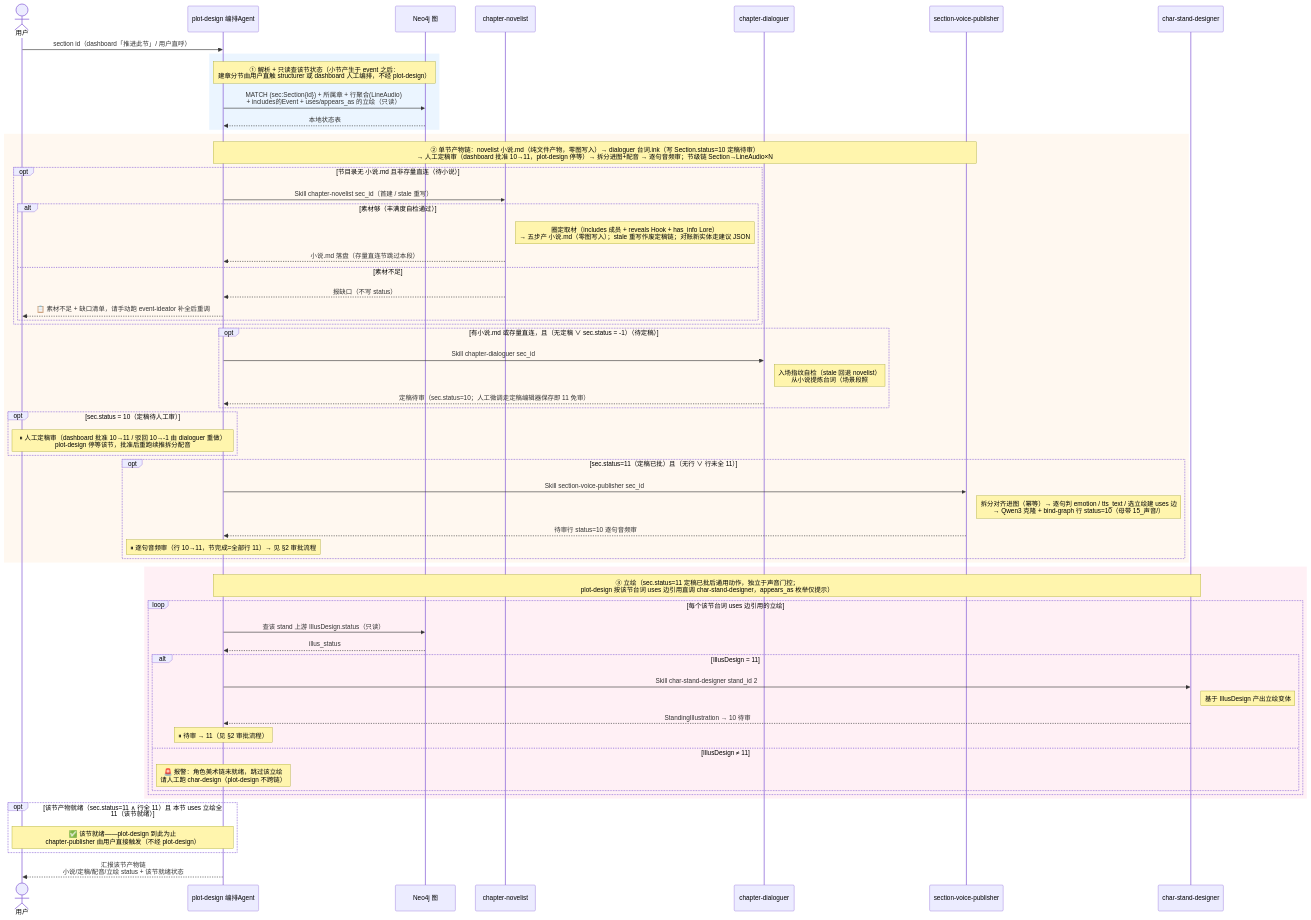
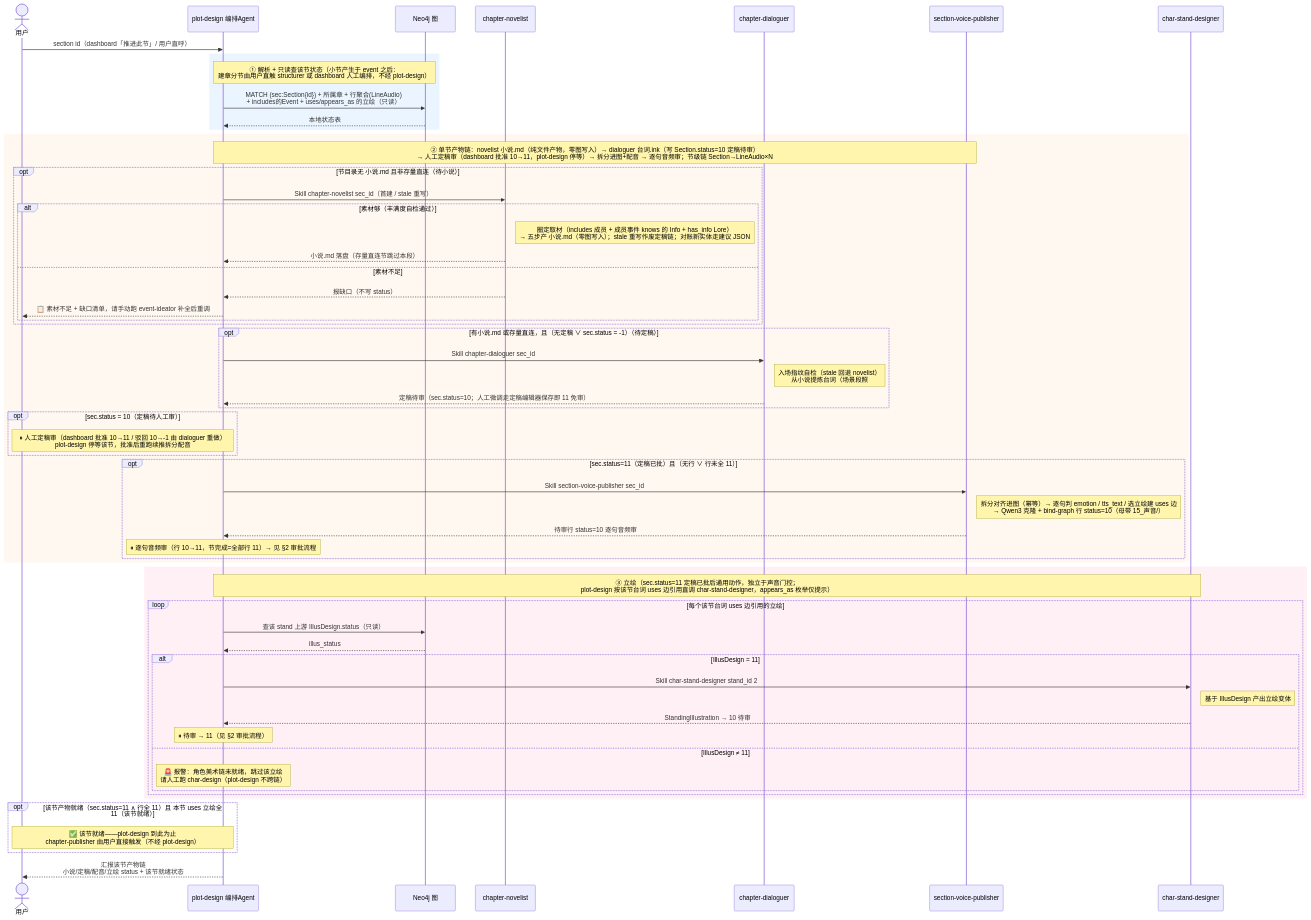
One commit to CrazyJinn/ProxyLove changed the fifth of 5 diagrams in README.md. Above: the diagram before and after it, drawn with Mermaid. The commit also changed other lines of this file and 31 other files, not shown here.

First line of the commit message:
refactor(schema): 认知/时空模型改造——Hook 回归 Info + knows 知晓轴（Event─knows→Info）+ Event 区间化 + relation/at 时间必填哨兵

````diff
--- a/README.md
+++ b/README.md
@@ -342,68 +342,68 @@
 ```mermaid
 sequenceDiagram
     actor U as 用户
     participant A as plot-design 编排Agent
     participant DB as Neo4j 图
     participant NV as chapter-novelist
     participant DG as chapter-dialoguer
     participant SV as section-voice-publisher
     participant Stand as char-stand-designer
 
     U->>A: section id（dashboard「推进此节」/ 用户直呼）
 
     rect rgb(235, 245, 255)
     Note over A,DB: ① 解析 + 只读查该节状态（小节产生于 event 之后：<br/>建章分节由用户直触 structurer 或 dashboard 人工编排，不经 plot-design）
     A->>DB: MATCH (sec:Section{id}) + 所属章 + 行聚合(LineAudio)<br/>+ includes的Event + uses/appears_as 的立绘（只读）
     DB-->>A: 本地状态表
     end
 
     rect rgb(255, 248, 240)
     Note over A,SV: ② 单节产物链：novelist 小说.md（纯文件产物，零图写入）→ dialoguer 台词.ink（写 Section.status=10 定稿待审）<br/>→ 人工定稿审（dashboard 批准 10→11，plot-design 停等）→ 拆分进图+配音 → 逐句音频审；节级链 Section→LineAudio×N
     opt 节目录无 小说.md 且非存量直连（待小说）
         A->>NV: Skill chapter-novelist sec_id（首建 / stale 重写）
         alt 素材够（丰满度自检通过）
-            Note right of NV: 圈定取材（includes 成员 + reveals Hook + has_info Lore）<br/>→ 五步产 小说.md（零图写入）；stale 重写作废定稿链；对账新实体走建议 JSON
+            Note right of NV: 圈定取材（includes 成员 + 成员事件 knows 的 Info + has_info Lore）<br/>→ 五步产 小说.md（零图写入）；stale 重写作废定稿链；对账新实体走建议 JSON
             NV-->>A: 小说.md 落盘（存量直连节跳过本段）
         else 素材不足
             NV-->>A: 报缺口（不写 status）
             A-->>U: 📋 素材不足 + 缺口清单，请手动跑 event-ideator 补全后重调
         end
     end
     opt 有小说.md 或存量直连，且（无定稿 ∨ sec.status = -1）（待定稿）
         A->>DG: Skill chapter-dialoguer sec_id
         Note right of DG: 入场指纹自检（stale 回退 novelist）<br/>从小说提炼台词（场景段照 ### 契约、分支照图 Choice）→ 产 台词.ink，写 sec.status=10
         DG-->>A: 定稿待审（sec.status=10；人工微调走定稿编辑器保存即 11 免审）
     end
     opt sec.status = 10（定稿待人工审）
         Note over A,U: ⏸ 人工定稿审（dashboard 批准 10→11 / 驳回 10→-1 由 dialoguer 重做）<br/>plot-design 停等该节，批准后重跑续推拆分配音
     end
     opt sec.status=11（定稿已批）且（无行 ∨ 行未全 11）
         A->>SV: Skill section-voice-publisher sec_id
         Note right of SV: 拆分对齐进图（幂等）→ 逐句判 emotion / tts_text / 选立绘建 uses 边<br/>→ Qwen3 克隆 + bind-graph 行 status=10（母带 15_声音/）
         SV-->>A: 待审行 status=10 逐句音频审
         Note over A: ⏸ 逐句音频审（行 10→11，节完成=全部行 11）→ 见 §2 审批流程
     end
     end
 
     rect rgb(255, 240, 245)
     Note over A,Stand: ③ 立绘（sec.status=11 定稿已批后通用动作，独立于声音门控；<br/>plot-design 按该节台词 uses 边引用直调 char-stand-designer，appears_as 枚举仅提示）
     loop 每个该节台词 uses 边引用的立绘
         A->>DB: 查该 stand 上游 IllusDesign.status（只读）
         DB-->>A: illus_status
         alt IllusDesign = 11
             A->>Stand: Skill char-stand-designer stand_id 2
             Note right of Stand: 基于 IllusDesign 产出立绘变体
             Stand-->>A: StandingIllustration → 10 待审
             Note over A: ⏸ 待审 → 11（见 §2 审批流程）
         else IllusDesign ≠ 11
             Note over A: 🚨 报警：角色美术链未就绪，跳过该立绘<br/>请人工跑 char-design（plot-design 不跨链）
         end
     end
     end
 
     opt 该节产物就绪（sec.status=11 ∧ 行全 11）且 本节 uses 立绘全 11（该节就绪）
         Note over A,U: ✅ 该节就绪——plot-design 到此为止<br/>chapter-publisher 由用户直接触发（不经 plot-design）
     end
 
     A-->>U: 汇报该节产物链<br/>小说/定稿/配音/立绘 status + 该节就绪状态
 ```
````
